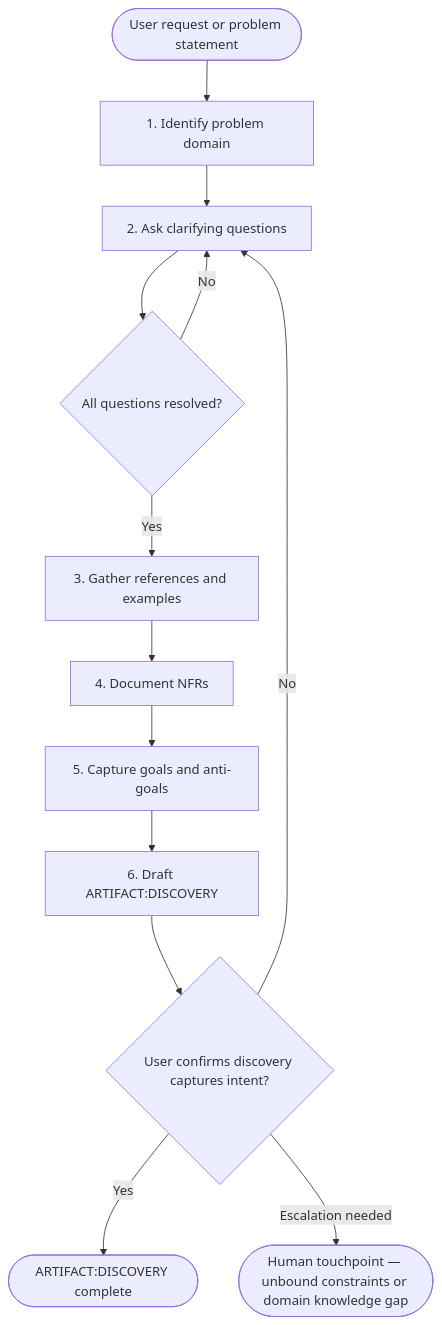
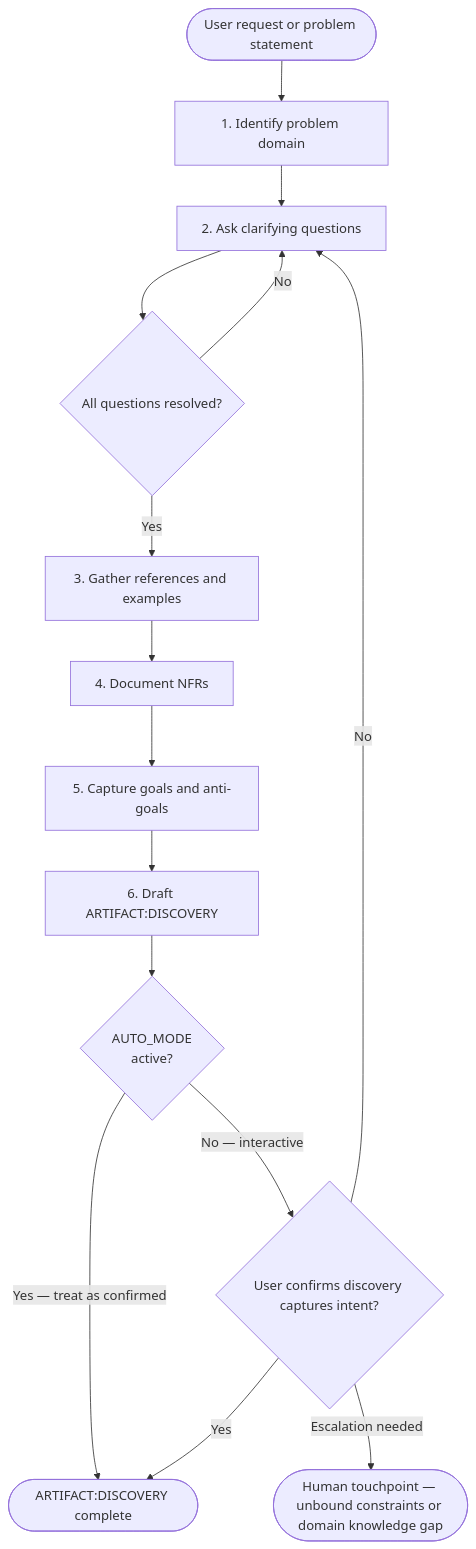
One commit to chgreer1070/claude_skills changed the first of 2 diagrams in plugins/development-harness/skills/discovery/SKILL.md. Above: the diagram before and after it, drawn with Mermaid. The commit also changed other lines of this file and 9 other files, not shown here.

````diff
--- a/plugins/development-harness/skills/discovery/SKILL.md
+++ b/plugins/development-harness/skills/discovery/SKILL.md
@@ -27,15 +27,17 @@
 ```mermaid
 flowchart TD
     Start([User request or problem statement]) --> P1[1. Identify problem domain]
     P1 --> P2[2. Ask clarifying questions]
     P2 --> P3{All questions resolved?}
     P3 -->|No| P2
     P3 -->|Yes| P4[3. Gather references and examples]
     P4 --> P5[4. Document NFRs]
     P5 --> P6[5. Capture goals and anti-goals]
     P6 --> P7[6. Draft ARTIFACT:DISCOVERY]
-    P7 --> Gate{User confirms discovery captures intent?}
-    Gate -->|Yes| Done([ARTIFACT:DISCOVERY complete])
+    P7 --> AutoMode{AUTO_MODE<br>active?}
+    AutoMode -->|Yes — treat as confirmed| Done([ARTIFACT:DISCOVERY complete])
+    AutoMode -->|No — interactive| Gate{User confirms discovery captures intent?}
+    Gate -->|Yes| Done
     Gate -->|No| P2
     Gate -->|Escalation needed| Escalate([Human touchpoint — unbound constraints or domain knowledge gap])
 ```
````
